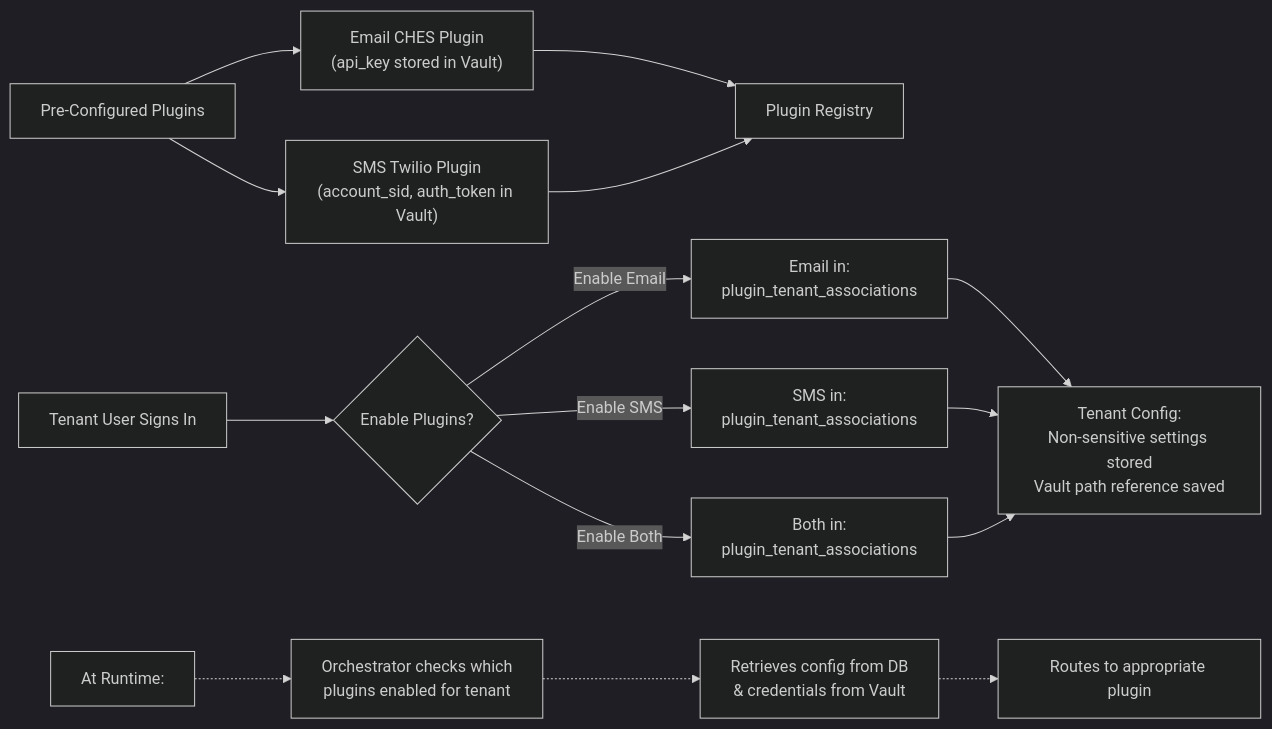
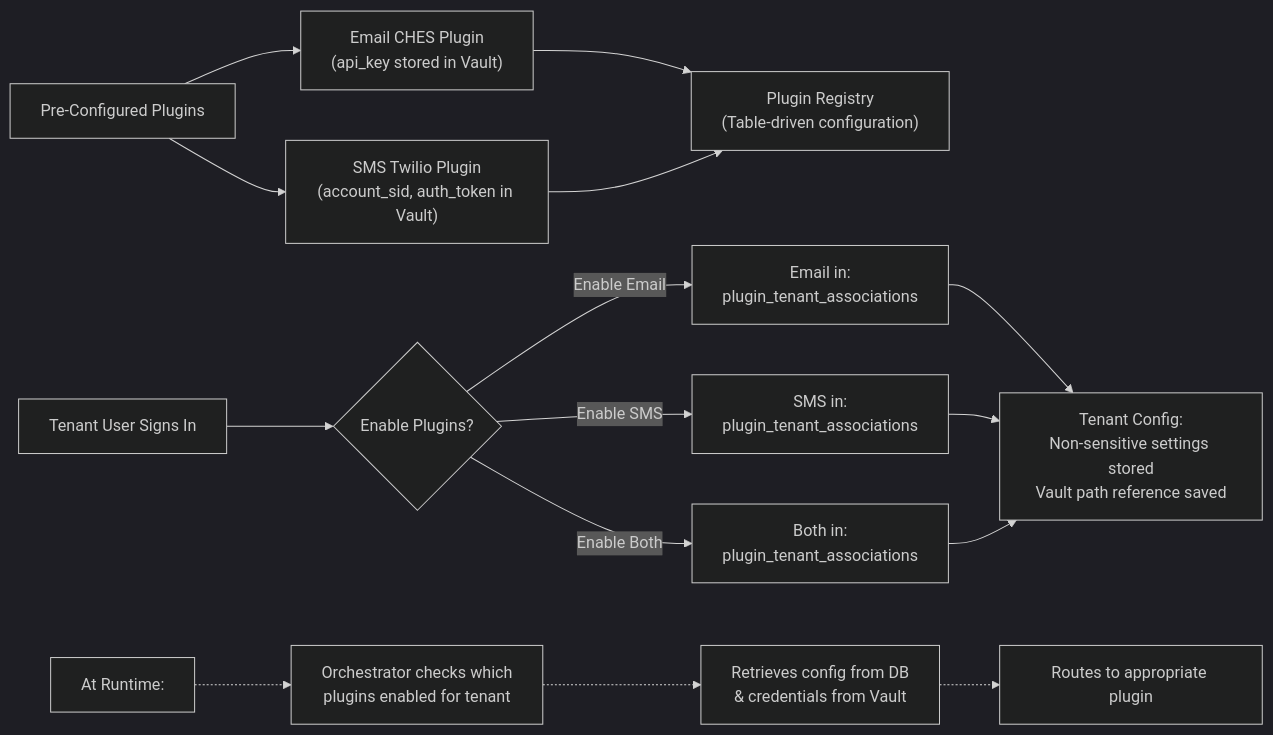
Before and after one commit to bcgov/common-notify: the second of 4 diagrams in PLUGIN_ARCHITECTURE.md, drawn with Mermaid (dark theme). The commit also changed other lines of this file and 3 other files, not shown here.

````diff
--- a/PLUGIN_ARCHITECTURE.md
+++ b/PLUGIN_ARCHITECTURE.md
@@ -54,24 +46,24 @@
 ```mermaid
 graph LR
     A["Pre-Configured Plugins"]
 
     A --> B["Email CHES Plugin<br/>(api_key stored in Vault)"]
     A --> C["SMS Twilio Plugin<br/>(account_sid, auth_token in Vault)"]
 
-    B --> D[Plugin Registry]
+    B --> D["Plugin Registry<br/>(Table-driven configuration)"]
     C --> D
 
     E["Tenant User Signs In"] --> F{Enable Plugins?}
 
     F -->|Enable Email| G["Email in:<br/>plugin_tenant_associations"]
     F -->|Enable SMS| H["SMS in:<br/>plugin_tenant_associations"]
     F -->|Enable Both| I["Both in:<br/>plugin_tenant_associations"]
 
     G --> J["Tenant Config:<br/>Non-sensitive settings stored<br/>Vault path reference saved"]
     H --> J
     I --> J
 
     K["At Runtime:"] -.-> L["Orchestrator checks which<br/>plugins enabled for tenant"]
     L -.-> M["Retrieves config from DB<br/>& credentials from Vault"]
     M -.-> N["Routes to appropriate plugin"]
 ```
````
